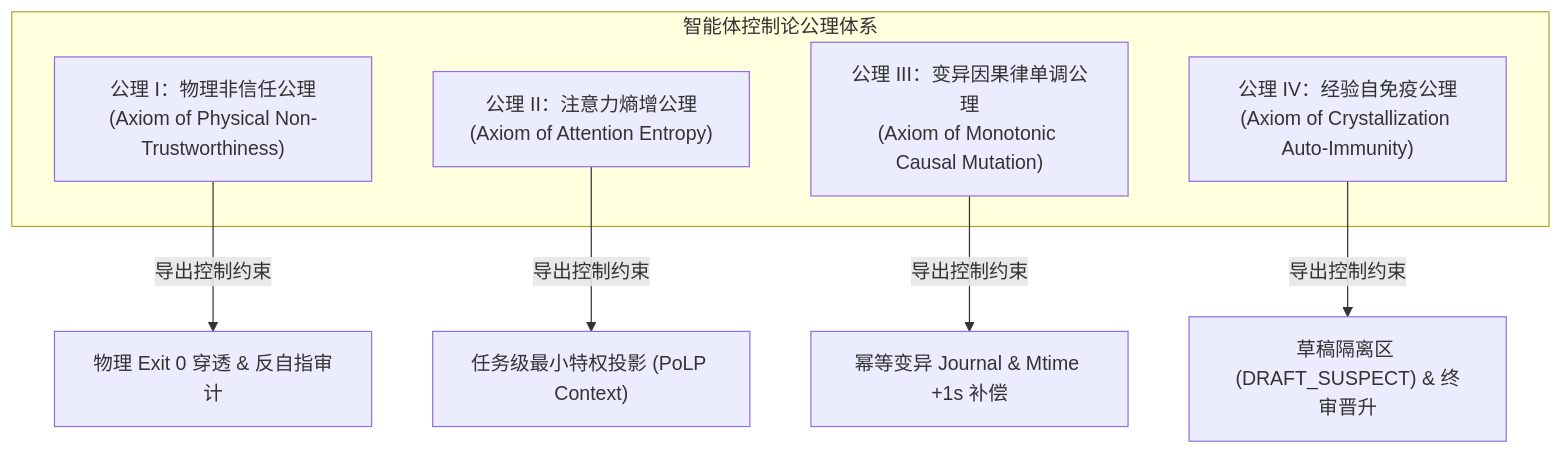
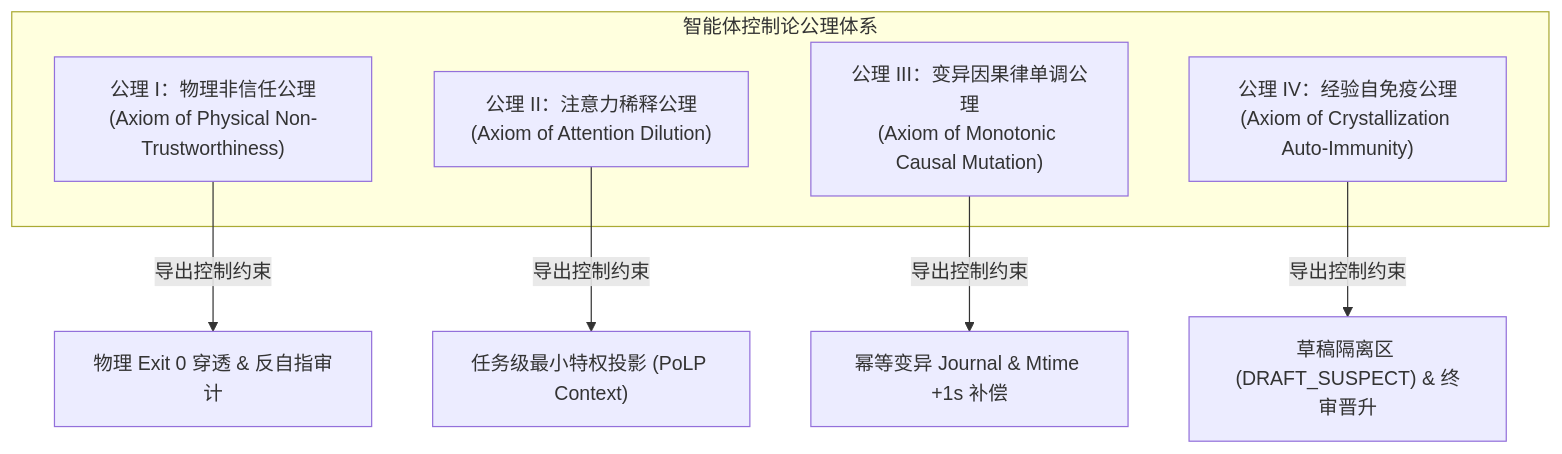
One commit to dpsnet/industrial-agentic-cybernetics changed the diagram in docs/preface/03-axioms-and-invariance.md. Above: the diagram before and after it, drawn with Mermaid. The commit also changed other lines of this file and 30 other files, not shown here.

Commit message:
术语与叙事克制收编（评审三类失衡）：①『彻底』24 处全降级并关键处注样本量（n=10 拦截率 1.00 等）；②『必然』无条件 4 处条件化（Goodhart 引言/必然博弈/必然涌现×2），仅留条件定理与失效表语境 13 处；③『灾难』去修辞留类别词（灾难性失效/灾难性设计缺陷）；④公理 II『注意力熵增』→『注意力稀释』（Axiom of Attention Dilution，与内核 dilution 定理一致）三源全量同步；⑤借喻首用锚定：第一章导读块+公理 IV 免疫锚定+结语生命体修辞加注；⑥『经验』统一以『经验资产』指称约定

````diff
--- a/docs/preface/03-axioms-and-invariance.md
+++ b/docs/preface/03-axioms-and-invariance.md
@@ -18,14 +18,14 @@
 ```mermaid
 flowchart TD
     subgraph AxiomSystem["智能体控制论公理体系"]
         A1["公理 I：物理非信任公理<br/>(Axiom of Physical Non-Trustworthiness)"]
-        A2["公理 II：注意力熵增公理<br/>(Axiom of Attention Entropy)"]
+        A2["公理 II：注意力稀释公理<br/>(Axiom of Attention Dilution)"]
         A3["公理 III：变异因果律单调公理<br/>(Axiom of Monotonic Causal Mutation)"]
         A4["公理 IV：经验自免疫公理<br/>(Axiom of Crystallization Auto-Immunity)"]
     end
     
     A1 -->|"导出控制约束"| C1["物理 Exit 0 穿透 & 反自指审计"]
     A2 -->|"导出控制约束"| C2["任务级最小特权投影 (PoLP Context)"]
     A3 -->|"导出控制约束"| C3["幂等变异 Journal & Mtime +1s 补偿"]
     A4 -->|"导出控制约束"| C4["草稿隔离区 (DRAFT_SUSPECT) & 终审晋升"]
 ```
````
